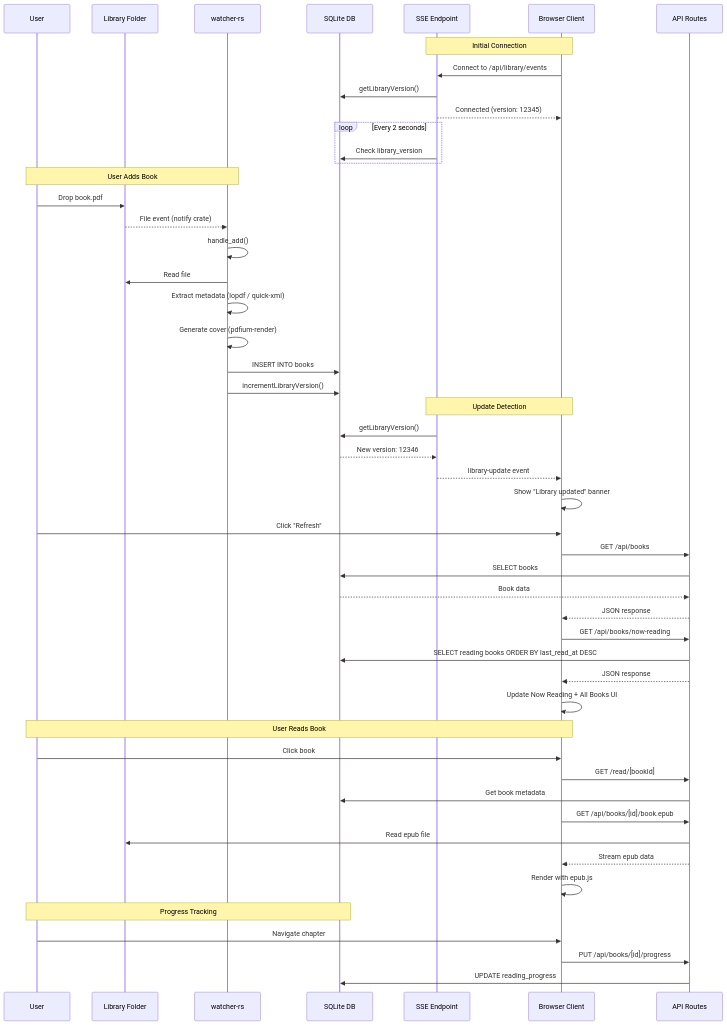
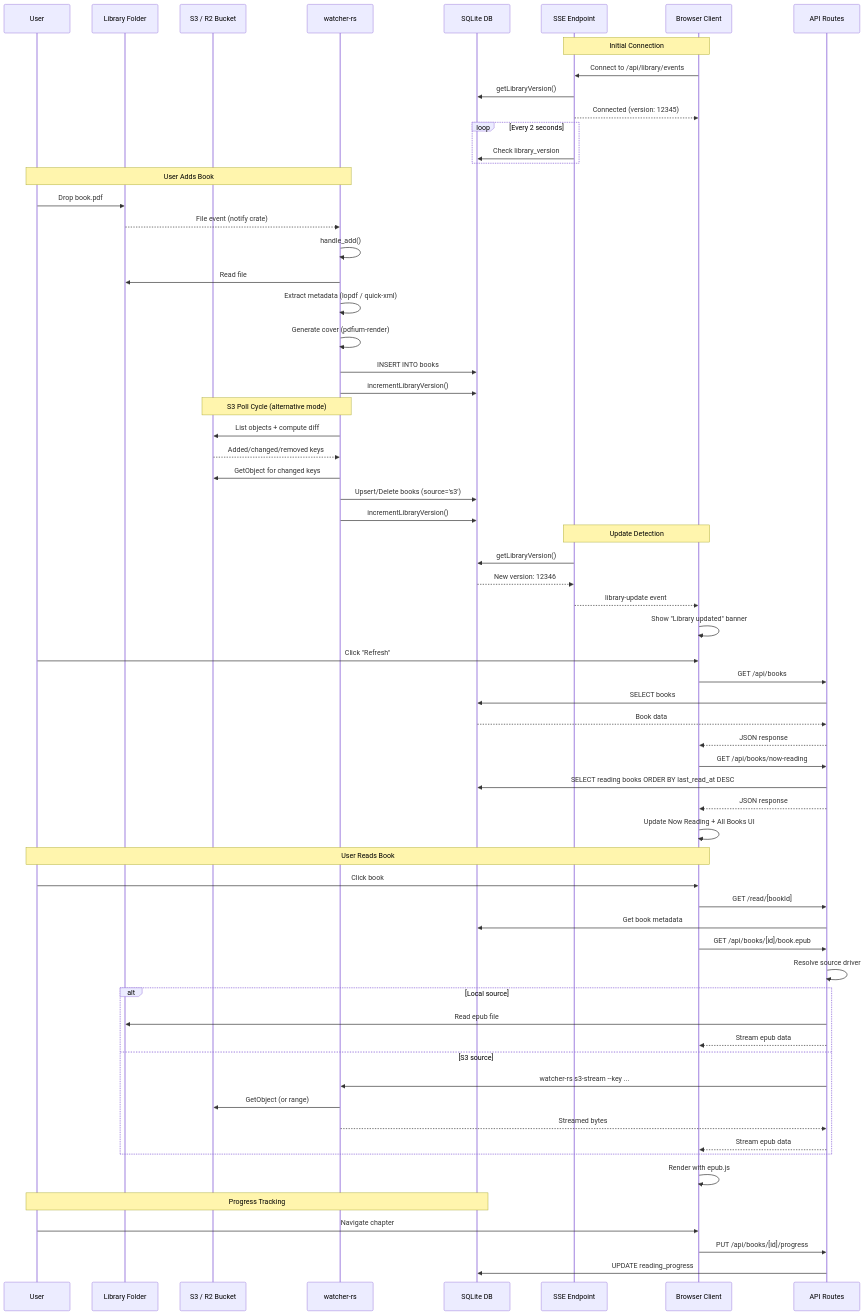
Before and after one commit to jamesacklin/alex: the first of 10 diagrams in docs/design/sequence-diagrams.md, drawn with Mermaid. The commit also changed other lines of this file and 5 other files, not shown here.

Commit message:
add google drive integration; refactor s3 bucket integration; unify file serving; adjust db schema for source metadata; implement sync logic for drive and s3; maintain reader contract; add admin ui for s3 settings

````diff
--- a/docs/design/sequence-diagrams.md
+++ b/docs/design/sequence-diagrams.md
@@ -9,58 +9,74 @@
 ```mermaid
 sequenceDiagram
     participant User
     participant LibFolder as Library Folder
+    participant S3 as S3 / R2 Bucket
     participant Watcher as watcher-rs
     participant DB as SQLite DB
     participant SSE as SSE Endpoint
     participant Client as Browser Client
     participant API as API Routes
 
     Note over Client,SSE: Initial Connection
     Client->>SSE: Connect to /api/library/events
     SSE->>DB: getLibraryVersion()
     SSE-->>Client: Connected (version: 12345)
 
     loop Every 2 seconds
         SSE->>DB: Check library_version
     end
 
     Note over User,Watcher: User Adds Book
     User->>LibFolder: Drop book.pdf
     LibFolder-->>Watcher: File event (notify crate)
     Watcher->>Watcher: handle_add()
     Watcher->>LibFolder: Read file
     Watcher->>Watcher: Extract metadata (lopdf / quick-xml)
     Watcher->>Watcher: Generate cover (pdfium-render)
     Watcher->>DB: INSERT INTO books
     Watcher->>DB: incrementLibraryVersion()
 
+    Note over Watcher,S3: S3 Poll Cycle (alternative mode)
+    Watcher->>S3: List objects + compute diff
+    S3-->>Watcher: Added/changed/removed keys
+    Watcher->>S3: GetObject for changed keys
+    Watcher->>DB: Upsert/Delete books (source='s3')
+    Watcher->>DB: incrementLibraryVersion()
+
     Note over SSE,Client: Update Detection
     SSE->>DB: getLibraryVersion()
     DB-->>SSE: New version: 12346
     SSE-->>Client: library-update event
     Client->>Client: Show "Library updated" banner
     User->>Client: Click "Refresh"
     Client->>API: GET /api/books
     API->>DB: SELECT books
     DB-->>API: Book data
     API-->>Client: JSON response
     Client->>API: GET /api/books/now-reading
     API->>DB: SELECT reading books ORDER BY last_read_at DESC
     API-->>Client: JSON response
     Client->>Client: Update Now Reading + All Books UI
 
     Note over User,Client: User Reads Book
     User->>Client: Click book
     Client->>API: GET /read/[bookId]
     API->>DB: Get book metadata
     Client->>API: GET /api/books/[id]/book.epub
-    API->>LibFolder: Read epub file
-    API-->>Client: Stream epub data
+    API->>API: Resolve source driver
+    alt Local source
+        API->>LibFolder: Read epub file
+        API-->>Client: Stream epub data
+    else S3 source
+        API->>Watcher: watcher-rs s3-stream --key ...
+        Watcher->>S3: GetObject (or range)
+        Watcher-->>API: Streamed bytes
+        API-->>Client: Stream epub data
+    end
     Client->>Client: Render with epub.js
 
     Note over User,DB: Progress Tracking
     User->>Client: Navigate chapter
     Client->>API: PUT /api/books/[id]/progress
     API->>DB: UPDATE reading_progress
 ```
````
